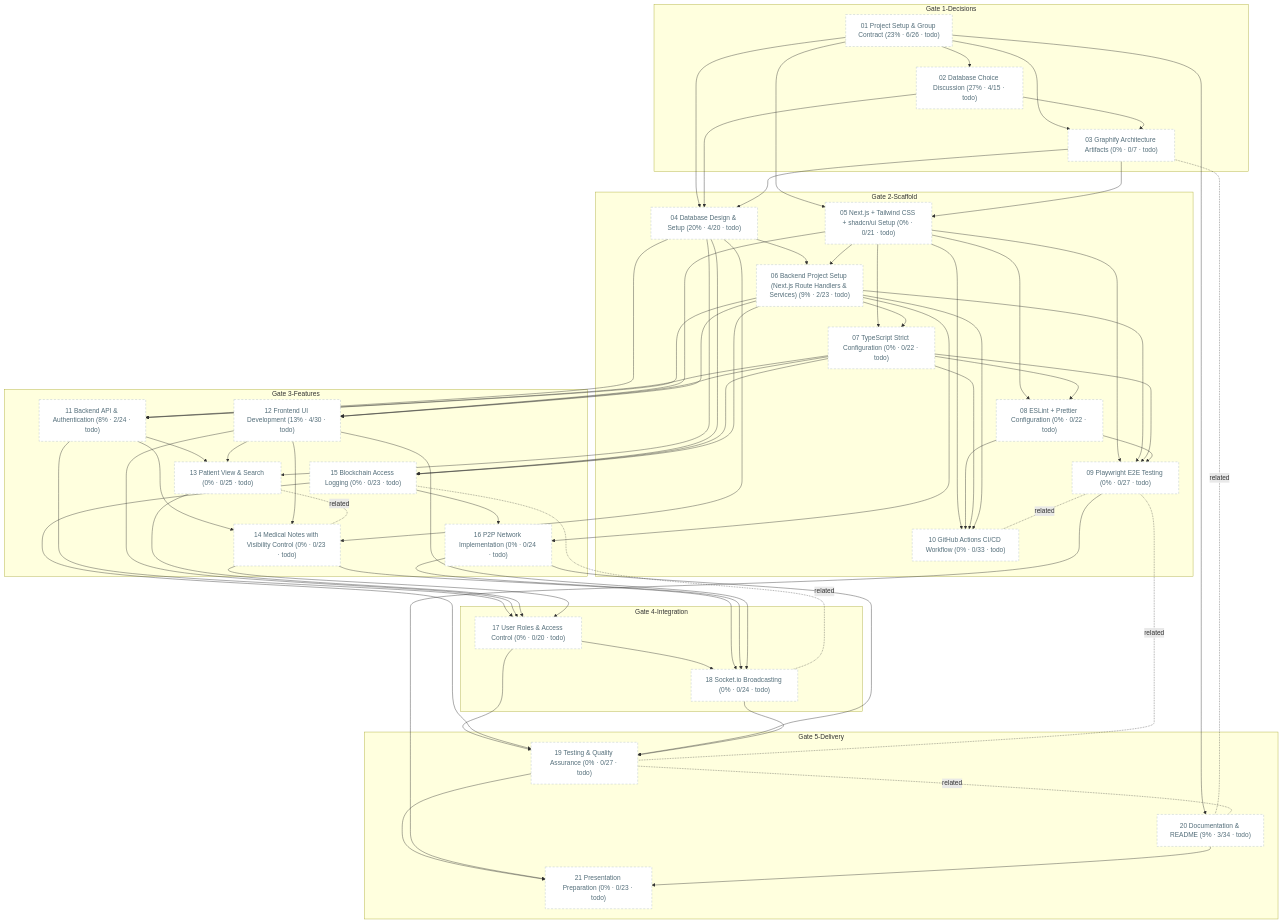
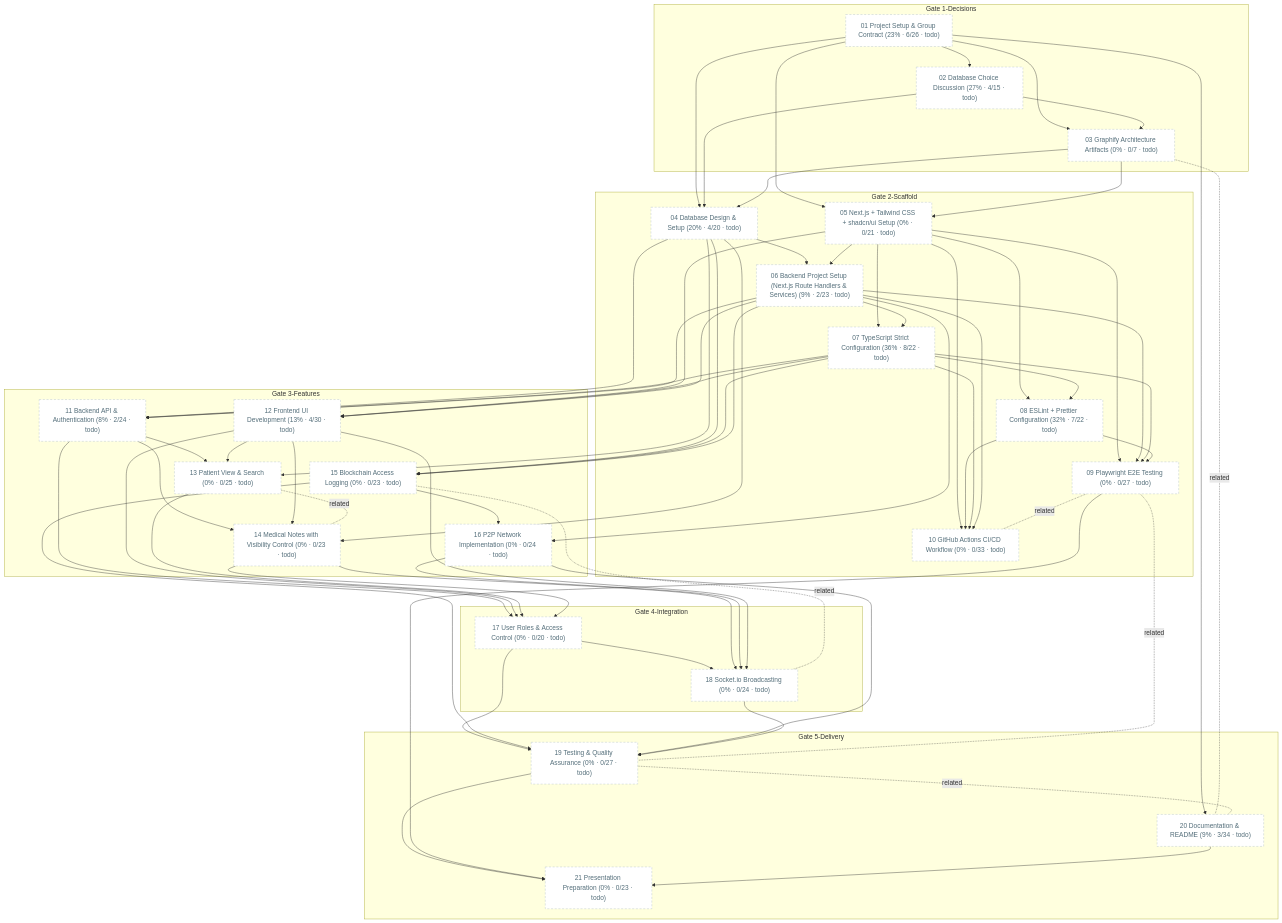
Before and after one commit to matdevstamp/inl-3-awesome-journal: the diagram in docs/diagrams/task-dependencies.md, drawn with Mermaid. The commit also changed 30 other files, not shown here.

Commit message:
chore: enforce strict typescript and add prettier formatting

```diff
--- a/docs/diagrams/task-dependencies.md
+++ b/docs/diagrams/task-dependencies.md
@@ -38,8 +38,8 @@
     T04["04 Database Design & Setup (20% · 4/20 · todo)"]
     T05["05 Next.js + Tailwind CSS + shadcn/ui Setup (0% · 0/21 · todo)"]
     T06["06 Backend Project Setup (Next.js Route Handlers & Services) (9% · 2/23 · todo)"]
-    T07["07 TypeScript Strict Configuration (0% · 0/22 · todo)"]
-    T08["08 ESLint + Prettier Configuration (0% · 0/22 · todo)"]
+    T07["07 TypeScript Strict Configuration (36% · 8/22 · todo)"]
+    T08["08 ESLint + Prettier Configuration (32% · 7/22 · todo)"]
     T09["09 Playwright E2E Testing (0% · 0/27 · todo)"]
     T10["10 GitHub Actions CI/CD Workflow (0% · 0/33 · todo)"]
     end
```
